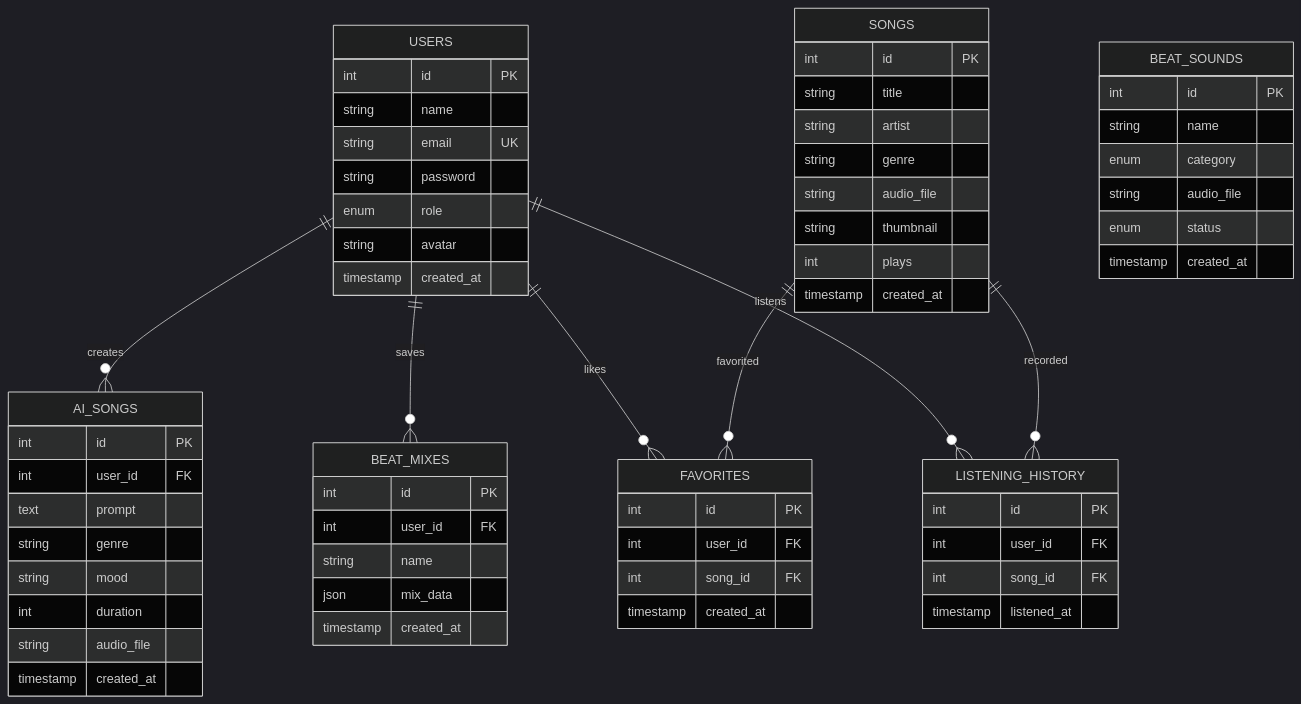
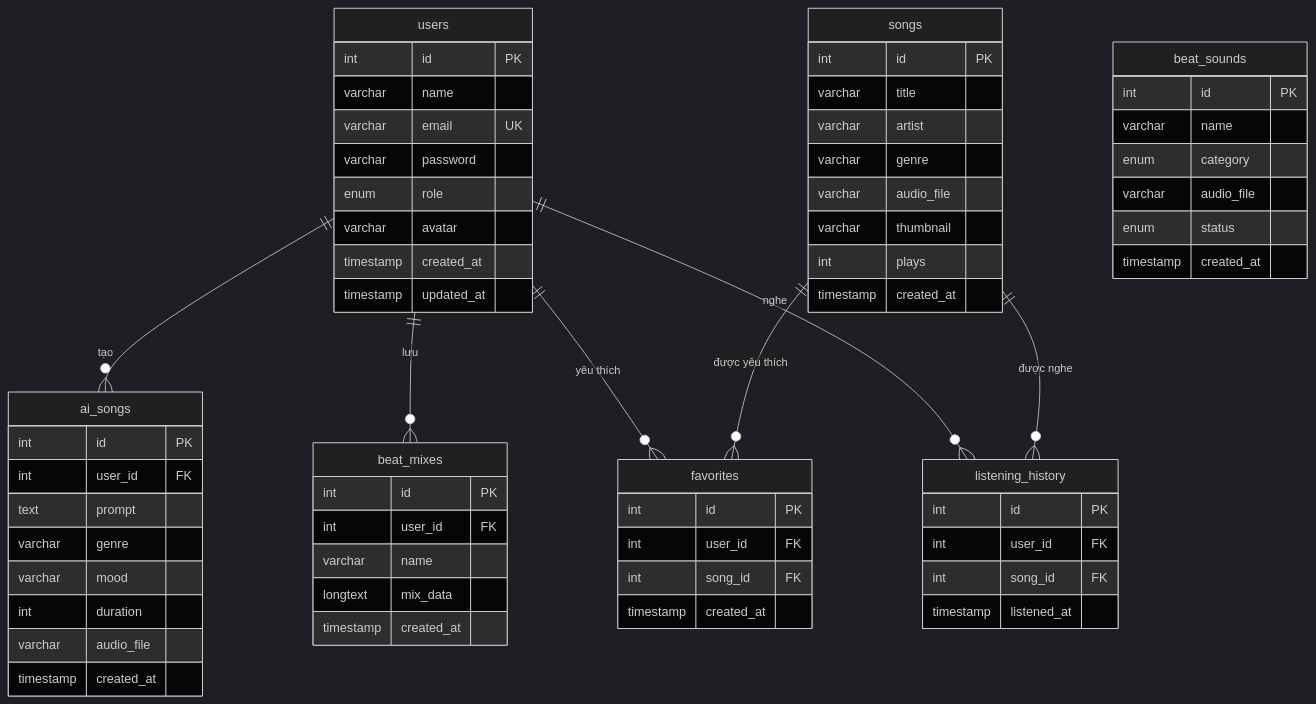
The first of 5 diagrams in docs/architecture.md (couq1/MusicAI), drawn with Mermaid (dark theme) before and after one commit. The commit also changed other lines of this file and 3 other files, not shown here.

Commit message:
add architecture, add data

````diff
--- a/docs/architecture.md
+++ b/docs/architecture.md
@@ -11,66 +52,73 @@
 ```mermaid
 erDiagram
-    USERS ||--o{ AI_SONGS : "creates"
-    USERS ||--o{ BEAT_MIXES : "saves"
-    USERS ||--o{ FAVORITES : "likes"
-    USERS ||--o{ LISTENING_HISTORY : "listens"
-    SONGS ||--o{ FAVORITES : "favorited"
-    SONGS ||--o{ LISTENING_HISTORY : "recorded"
-    
-    USERS {
+    users {
         int id PK
-        string name
-        string email UK
-        string password
+        varchar name
+        varchar email UK
+        varchar password
         enum role
-        string avatar
+        varchar avatar
         timestamp created_at
+        timestamp updated_at
     }
-    SONGS {
+
+    songs {
         int id PK
-        string title
-        string artist
-        string genre
-        string audio_file
-        string thumbnail
+        varchar title
+        varchar artist
+        varchar genre
+        varchar audio_file
+        varchar thumbnail
         int plays
         timestamp created_at
     }
-    AI_SONGS {
+
+    ai_songs {
         int id PK
         int user_id FK
         text prompt
-        string genre
-        string mood
+        varchar genre
+        varchar mood
         int duration
-        string audio_file
+        varchar audio_file
         timestamp created_at
     }
-    BEAT_SOUNDS {
+
+    beat_sounds {
         int id PK
-        string name
+        varchar name
         enum category
-        string audio_file
+        varchar audio_file
         enum status
         timestamp created_at
     }
-    BEAT_MIXES {
+
+    beat_mixes {
         int id PK
         int user_id FK
-        string name
-        json mix_data
+        varchar name
+        longtext mix_data
         timestamp created_at
     }
-    FAVORITES {
+
+    favorites {
         int id PK
         int user_id FK
         int song_id FK
         timestamp created_at
     }
-    LISTENING_HISTORY {
+
+    listening_history {
         int id PK
         int user_id FK
         int song_id FK
         timestamp listened_at
     }
+
+    users ||--o{ ai_songs : "tạo"
+    users ||--o{ beat_mixes : "lưu"
+    users ||--o{ favorites : "yêu thích"
+    users ||--o{ listening_history : "nghe"
+    songs ||--o{ favorites : "được yêu thích"
+    songs ||--o{ listening_history : "được nghe"
 ```
````
